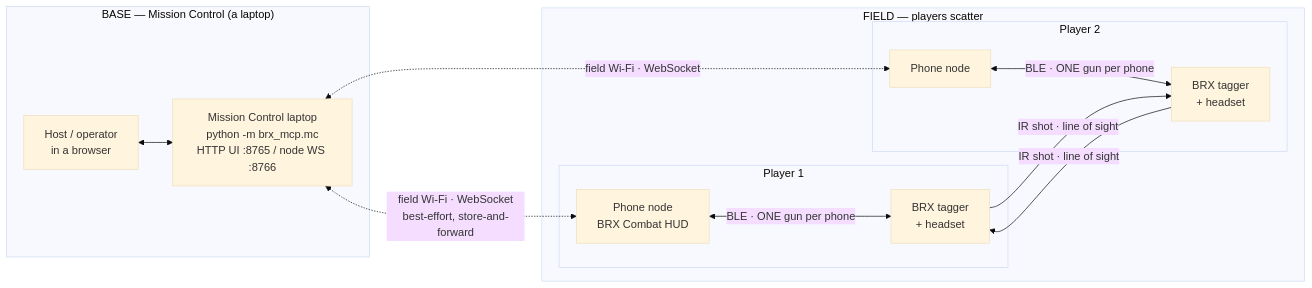
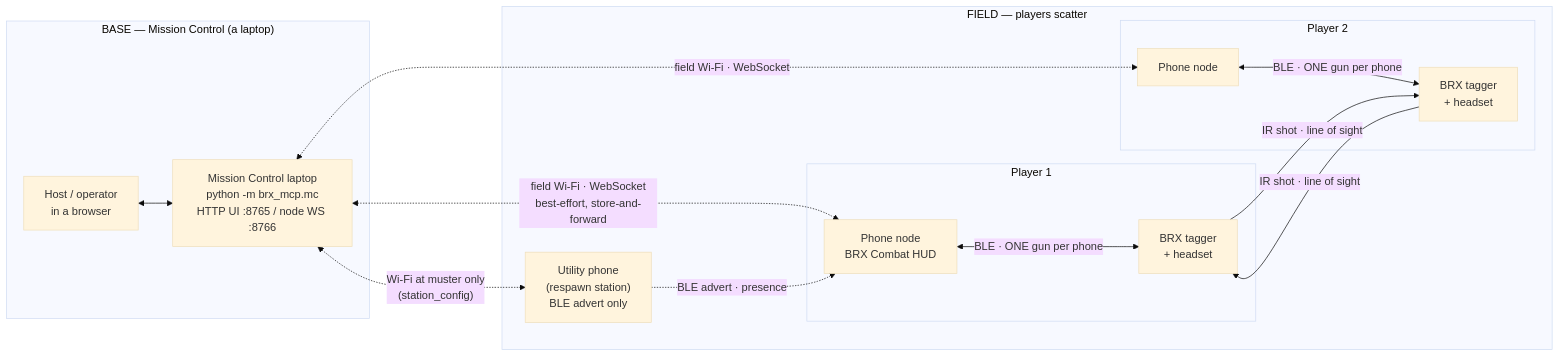
The second of 5 diagrams in docs/architecture-topology.md (tony99nyr/open-brx), drawn with Mermaid (base theme) before and after one commit. The commit also changed other lines of this file and 53 other files, not shown here.

````diff
--- a/docs/architecture-topology.md
+++ b/docs/architecture-topology.md
@@ -57,24 +59,27 @@
 ```mermaid
 flowchart LR
   subgraph BASE["BASE — Mission Control (a laptop)"]
     MC["Mission Control laptop<br/>python -m brx_mcp.mc<br/>HTTP UI :8765 / node WS :8766"]
     OP["Host / operator<br/>in a browser"]
     OP <--> MC
   end
   subgraph FIELD["FIELD — players scatter"]
     subgraph P1["Player 1"]
       PH1["Phone node<br/>BRX Combat HUD"]
       G1["BRX tagger<br/>+ headset"]
       PH1 <-->|"BLE · ONE gun per phone"| G1
     end
     subgraph P2["Player 2"]
       PH2["Phone node"]
       G2["BRX tagger<br/>+ headset"]
       PH2 <-->|"BLE · ONE gun per phone"| G2
     end
+    ST["Utility phone<br/>(respawn station)<br/>BLE advert only"]
   end
   MC <-.->|"field Wi-Fi · WebSocket<br/>best-effort, store-and-forward"| PH1
   MC <-.->|"field Wi-Fi · WebSocket"| PH2
+  MC <-.->|"Wi-Fi at muster only<br/>(station_config)"| ST
+  ST -.->|"BLE advert · presence"| PH1
   G1 -->|"IR shot · line of sight"| G2
   G2 -->|"IR shot · line of sight"| G1
 ```
````
